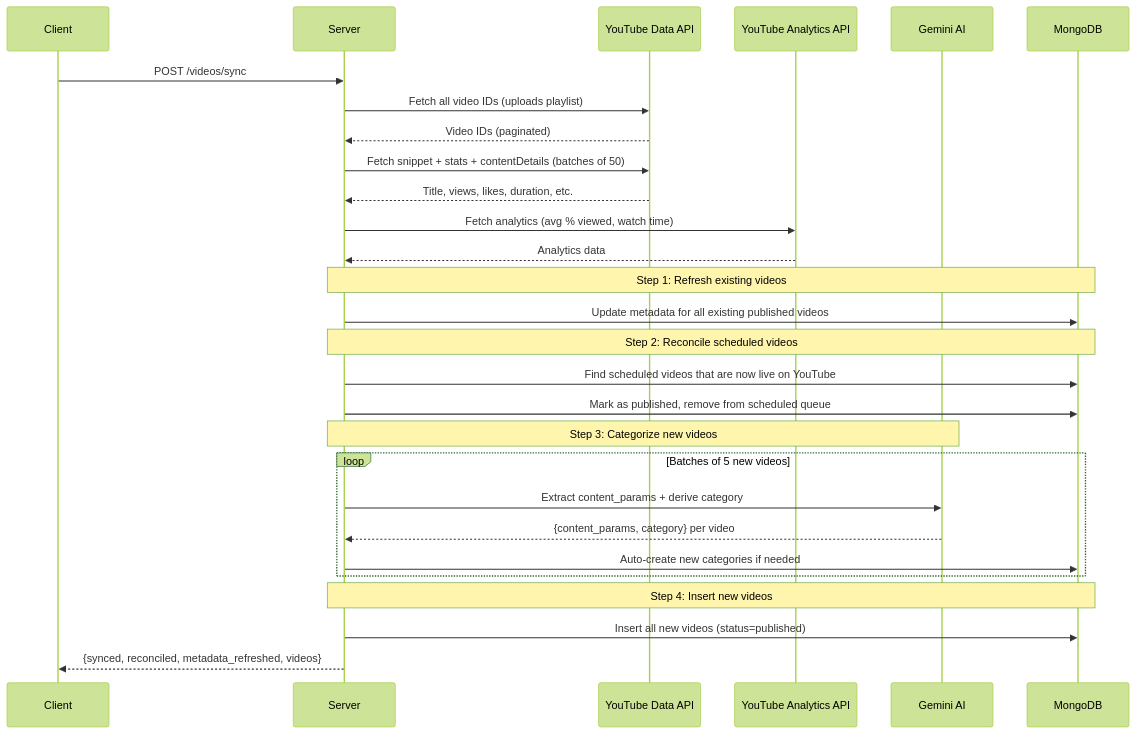
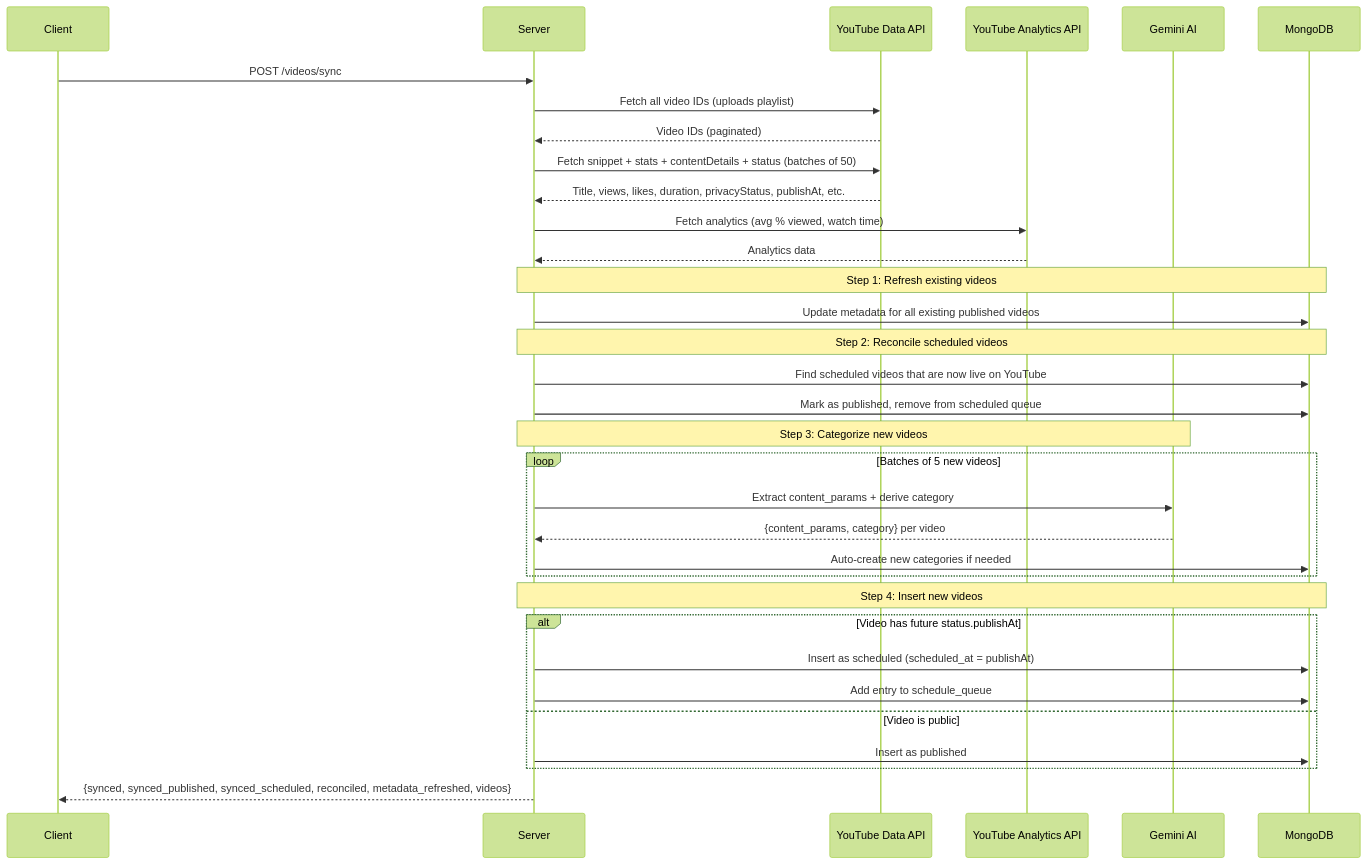
One commit to pratham2908/server-automation changed the fourth of 8 diagrams in DOCUMENTATION.md. Above: the diagram before and after it, drawn with Mermaid (forest theme). The commit also changed other lines of this file and 2 other files, not shown here.

````diff
--- a/DOCUMENTATION.md
+++ b/DOCUMENTATION.md
@@ -1529,37 +1572,42 @@
 ```mermaid
 sequenceDiagram
     participant C as Client
     participant S as Server
     participant YT as YouTube Data API
     participant YTA as YouTube Analytics API
     participant G as Gemini AI
     participant DB as MongoDB
 
     C->>S: POST /videos/sync
 
     S->>YT: Fetch all video IDs (uploads playlist)
     YT-->>S: Video IDs (paginated)
-    S->>YT: Fetch snippet + stats + contentDetails (batches of 50)
-    YT-->>S: Title, views, likes, duration, etc.
+    S->>YT: Fetch snippet + stats + contentDetails + status (batches of 50)
+    YT-->>S: Title, views, likes, duration, privacyStatus, publishAt, etc.
     S->>YTA: Fetch analytics (avg % viewed, watch time)
     YTA-->>S: Analytics data
 
     Note over S,DB: Step 1: Refresh existing videos
     S->>DB: Update metadata for all existing published videos
 
     Note over S,DB: Step 2: Reconcile scheduled videos
     S->>DB: Find scheduled videos that are now live on YouTube
     S->>DB: Mark as published, remove from scheduled queue
 
     Note over S,G: Step 3: Categorize new videos
     loop Batches of 5 new videos
         S->>G: Extract content_params + derive category
         G-->>S: {content_params, category} per video
         S->>DB: Auto-create new categories if needed
     end
 
     Note over S,DB: Step 4: Insert new videos
-    S->>DB: Insert all new videos (status=published)
+    alt Video has future status.publishAt
+        S->>DB: Insert as scheduled (scheduled_at = publishAt)
+        S->>DB: Add entry to schedule_queue
+    else Video is public
+        S->>DB: Insert as published
+    end
 
-    S-->>C: {synced, reconciled, metadata_refreshed, videos}
+    S-->>C: {synced, synced_published, synced_scheduled, reconciled, metadata_refreshed, videos}
 ```
````
